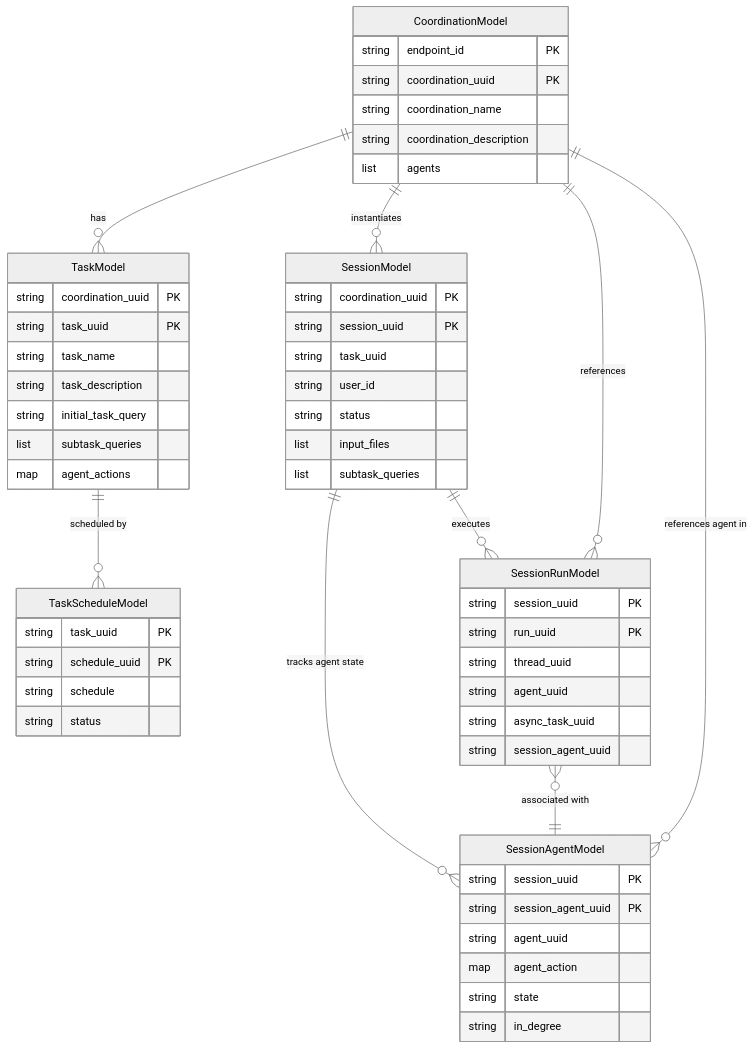
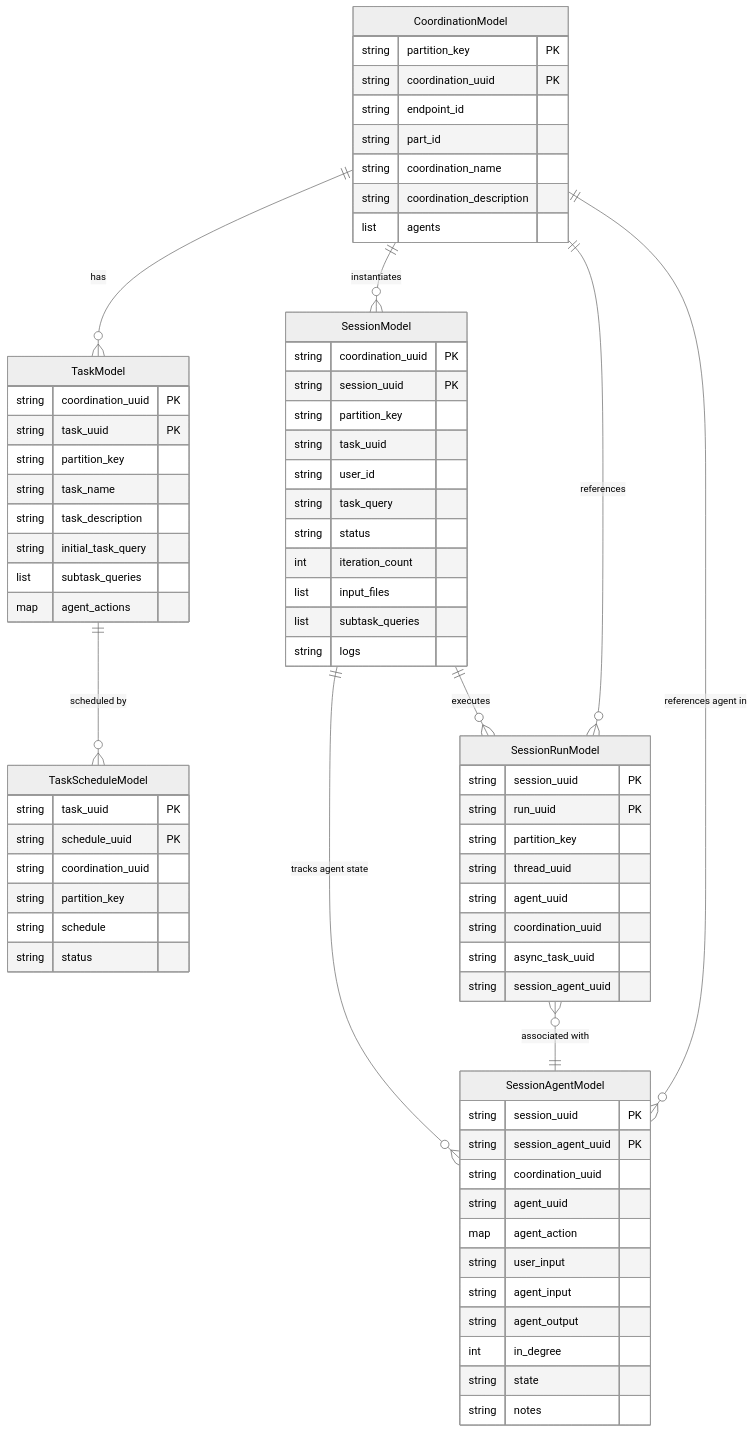
The second of 2 diagrams in README.md (ideabosque/ai_coordination_engine), drawn with Mermaid (neutral theme) before and after one commit. The commit also changed other lines of this file, not shown here.

```diff
--- a/README.md
+++ b/README.md
@@ -153,8 +52,10 @@
     SessionRunModel }o--|| CoordinationModel : "references"
 
     CoordinationModel {
-        string endpoint_id PK
+        string partition_key PK
         string coordination_uuid PK
+        string endpoint_id
+        string part_id
         string coordination_name
         string coordination_description
         list agents
@@ -163,6 +64,7 @@
     TaskModel {
         string coordination_uuid PK
         string task_uuid PK
+        string partition_key
         string task_name
         string task_description
         string initial_task_query
@@ -173,6 +75,8 @@
     TaskScheduleModel {
         string task_uuid PK
         string schedule_uuid PK
+        string coordination_uuid
+        string partition_key
         string schedule
         string status
     }
@@ -180,27 +84,38 @@
     SessionModel {
         string coordination_uuid PK
         string session_uuid PK
+        string partition_key
         string task_uuid
         string user_id
+        string task_query
         string status
+        int iteration_count
         list input_files
         list subtask_queries
+        string logs
     }
 
     SessionAgentModel {
         string session_uuid PK
         string session_agent_uuid PK
+        string coordination_uuid
         string agent_uuid
         map agent_action
+        string user_input
+        string agent_input
+        string agent_output
+        int in_degree
         string state
-        string in_degree
+        string notes
     }
 
     SessionRunModel {
         string session_uuid PK
         string run_uuid PK
+        string partition_key
         string thread_uuid
         string agent_uuid
+        string coordination_uuid
         string async_task_uuid
         string session_agent_uuid
     }
```
